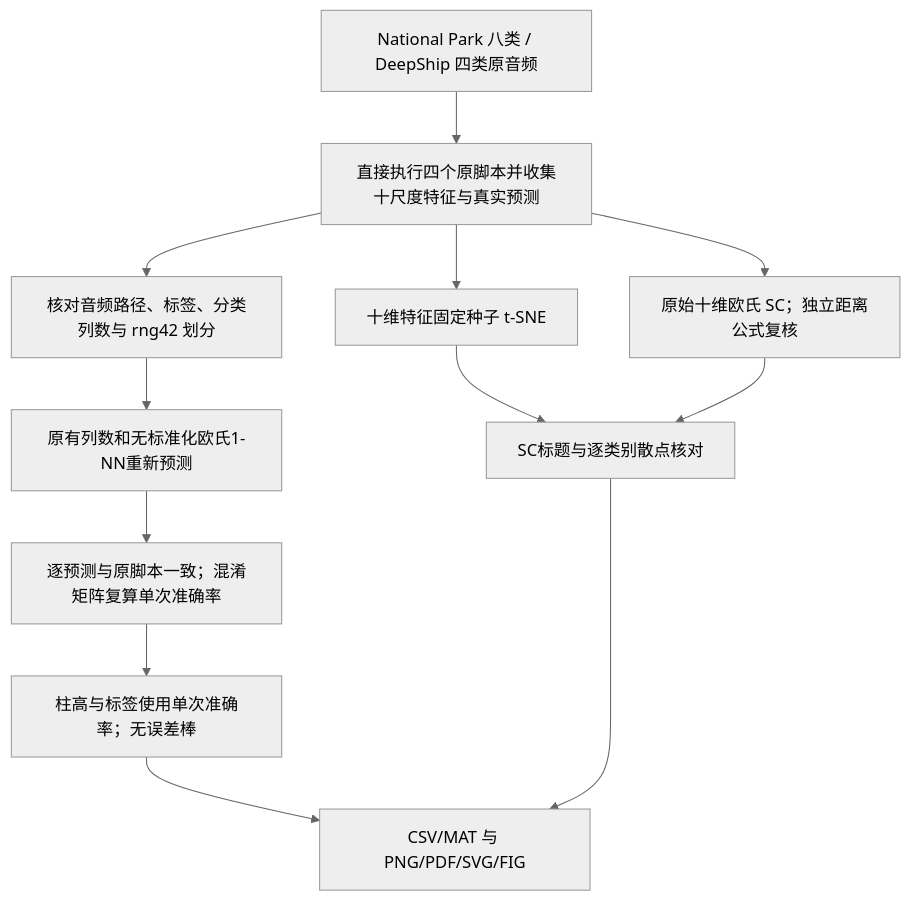
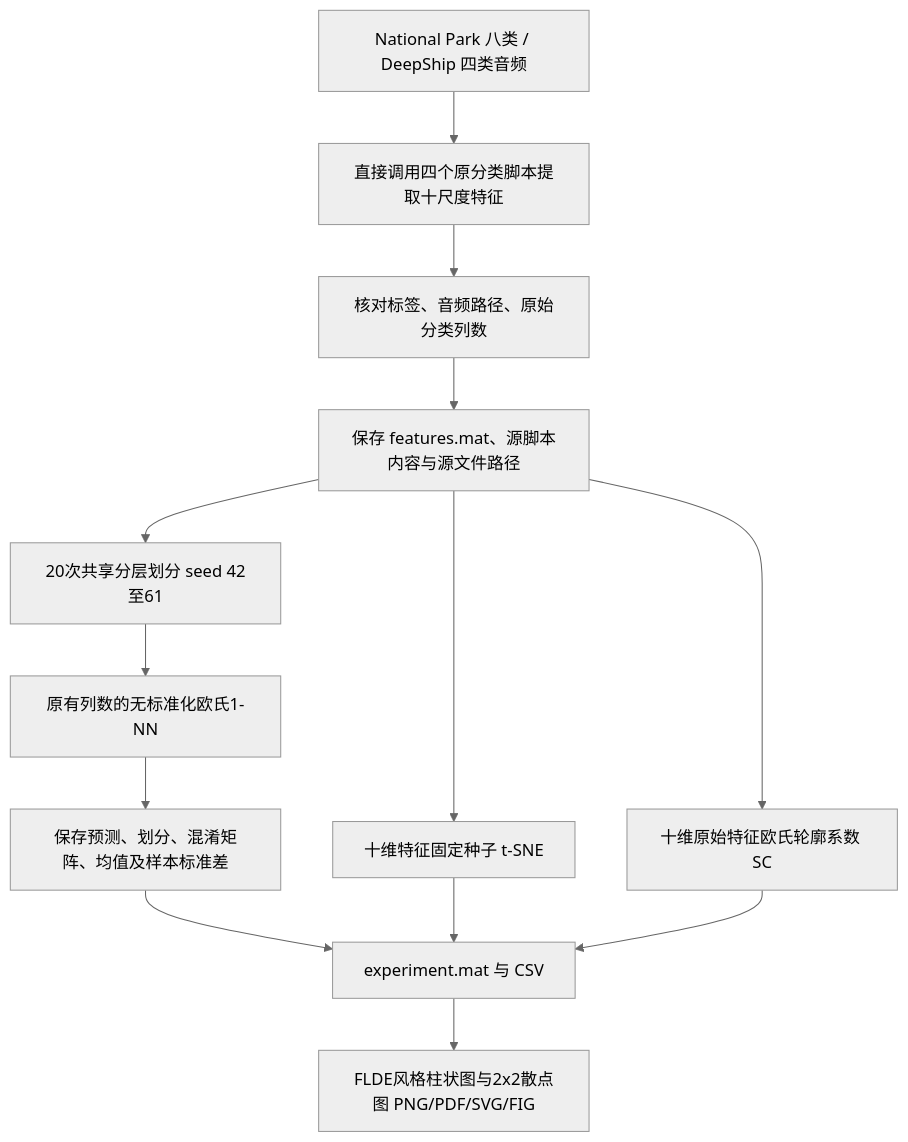
One commit to wacenhong-art/higuchi-fractal-dimension-ship-audio changed the fourth of 4 diagrams in README.md. Above: the diagram before and after it, drawn with Mermaid (neutral theme). The commit also changed other lines of this file and 15 other files, not shown here.

Commit message:
fix: restore FLDE mean and standard-deviation figure elements

````diff
--- a/README.md
+++ b/README.md
@@ -232,14 +228,15 @@
 ```mermaid
 flowchart TD
-    A[National Park 八类 / DeepShip 四类原音频] --> B[直接执行四个原脚本并收集十尺度特征与真实预测]
-    B --> C[核对音频路径、标签、分类列数与 rng42 划分]
-    C --> D[原有列数和无标准化欧氏1-NN重新预测]
-    D --> E[逐预测与原脚本一致；混淆矩阵复算单次准确率]
-    E --> F[柱高与标签使用单次准确率；无误差棒]
-    B --> G[十维特征固定种子 t-SNE]
-    B --> H[原始十维欧氏 SC；独立距离公式复核]
-    G --> I[SC标题与逐类别散点核对]
-    H --> I
-    F --> J[CSV/MAT 与 PNG/PDF/SVG/FIG]
+    A[National Park 八类 / DeepShip 四类音频] --> B[直接调用四个原分类脚本提取十尺度特征]
+    B --> C[核对标签、音频路径、原始分类列数]
+    C --> D[保存 features.mat、源脚本内容与源文件路径]
+    D --> E[20次共享分层划分 seed 42至61]
+    E --> F[原有列数的无标准化欧氏1-NN]
+    F --> G[保存预测、划分、混淆矩阵、均值及样本标准差]
+    D --> H[十维特征固定种子 t-SNE]
+    D --> I[十维原始特征欧氏轮廓系数 SC]
+    G --> J[experiment.mat 与 CSV]
+    H --> J
     I --> J
+    J --> K[FLDE风格柱状图与2x2散点图 PNG/PDF/SVG/FIG]
 ```
````
